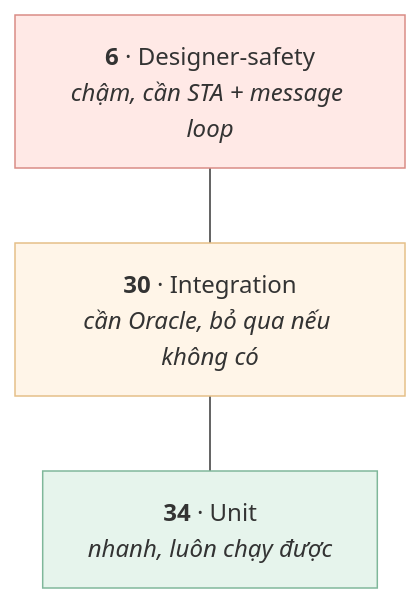
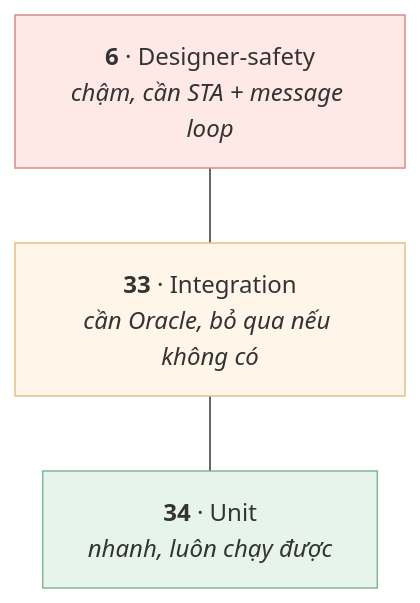
One commit to vielang/dotnet-framework-admin changed the fourth of 4 diagrams in docs/08-kiem-thu-winforms.md. Above: the diagram before and after it, drawn with Mermaid. The commit also changed other lines of this file and 8 other files, not shown here.

````diff
--- a/docs/08-kiem-thu-winforms.md
+++ b/docs/08-kiem-thu-winforms.md
@@ -330,12 +336,12 @@
 ```mermaid
 flowchart TB
     A["<b>6</b> · Designer-safety<br/><i>chậm, cần STA + message loop</i>"]
-    B["<b>30</b> · Integration<br/><i>cần Oracle, bỏ qua nếu không có</i>"]
+    B["<b>33</b> · Integration<br/><i>cần Oracle, bỏ qua nếu không có</i>"]
     C["<b>34</b> · Unit<br/><i>nhanh, luôn chạy được</i>"]
 
     A --- B --- C
 
     style A fill:#ffe9e6,stroke:#d98b84
     style B fill:#fff5e8,stroke:#e5bf87
     style C fill:#e6f4ec,stroke:#7fb79a
 ```
````
